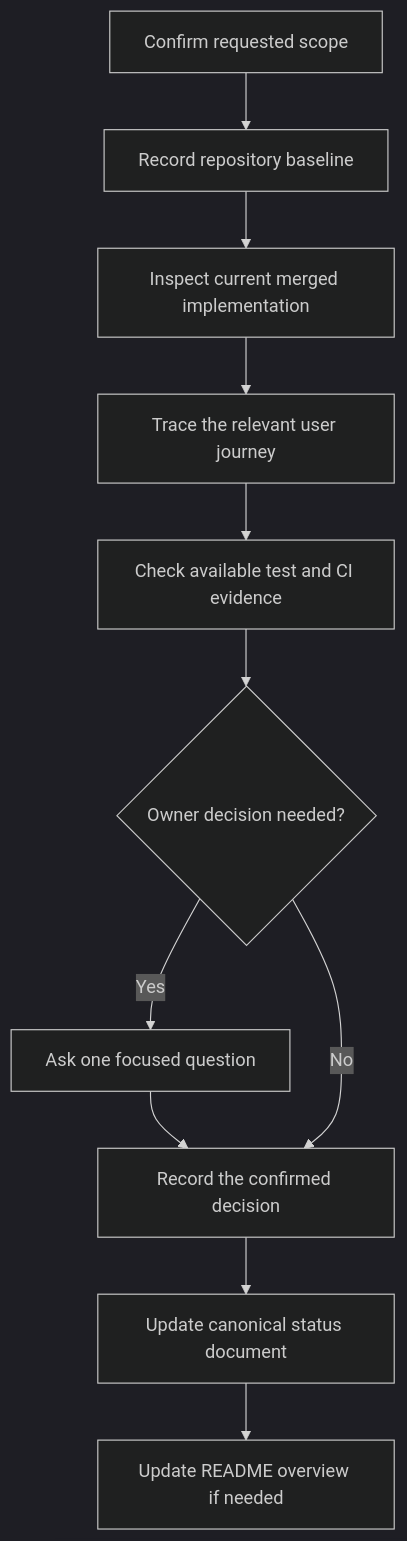
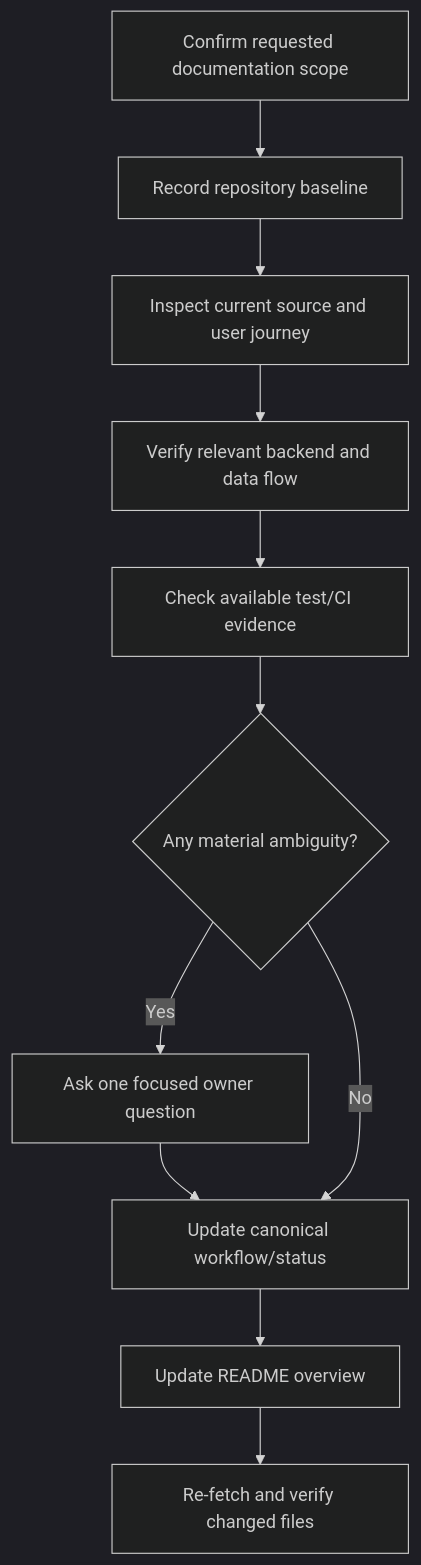
Before and after one commit to siinghniibandhan-wq/ai-finance-trading-os: the second of 2 diagrams in MSTOCK_INTEGRATION_STATUS.md, drawn with Mermaid (dark theme). The commit also changed other lines of this file, not shown here.

Commit message:
docs: document investment workspace and transaction flows

````diff
--- a/MSTOCK_INTEGRATION_STATUS.md
+++ b/MSTOCK_INTEGRATION_STATUS.md
@@ -55,13 +166,13 @@
 ```mermaid
 flowchart TD
-    A[Confirm requested scope] --> B[Record repository baseline]
-    B --> C[Inspect current merged implementation]
-    C --> D[Trace the relevant user journey]
-    D --> E[Check available test and CI evidence]
-    E --> F{Owner decision needed?}
-    F -- Yes --> G[Ask one focused question]
-    G --> H[Record the confirmed decision]
+    A[Confirm requested documentation scope] --> B[Record repository baseline]
+    B --> C[Inspect current source and user journey]
+    C --> D[Verify relevant backend and data flow]
+    D --> E[Check available test/CI evidence]
+    E --> F{Any material ambiguity?}
+    F -- Yes --> G[Ask one focused owner question]
+    G --> H[Update canonical workflow/status]
     F -- No --> H
-    H --> I[Update canonical status document]
-    I --> J[Update README overview if needed]
+    H --> I[Update README overview]
+    I --> J[Re-fetch and verify changed files]
 ```
````
